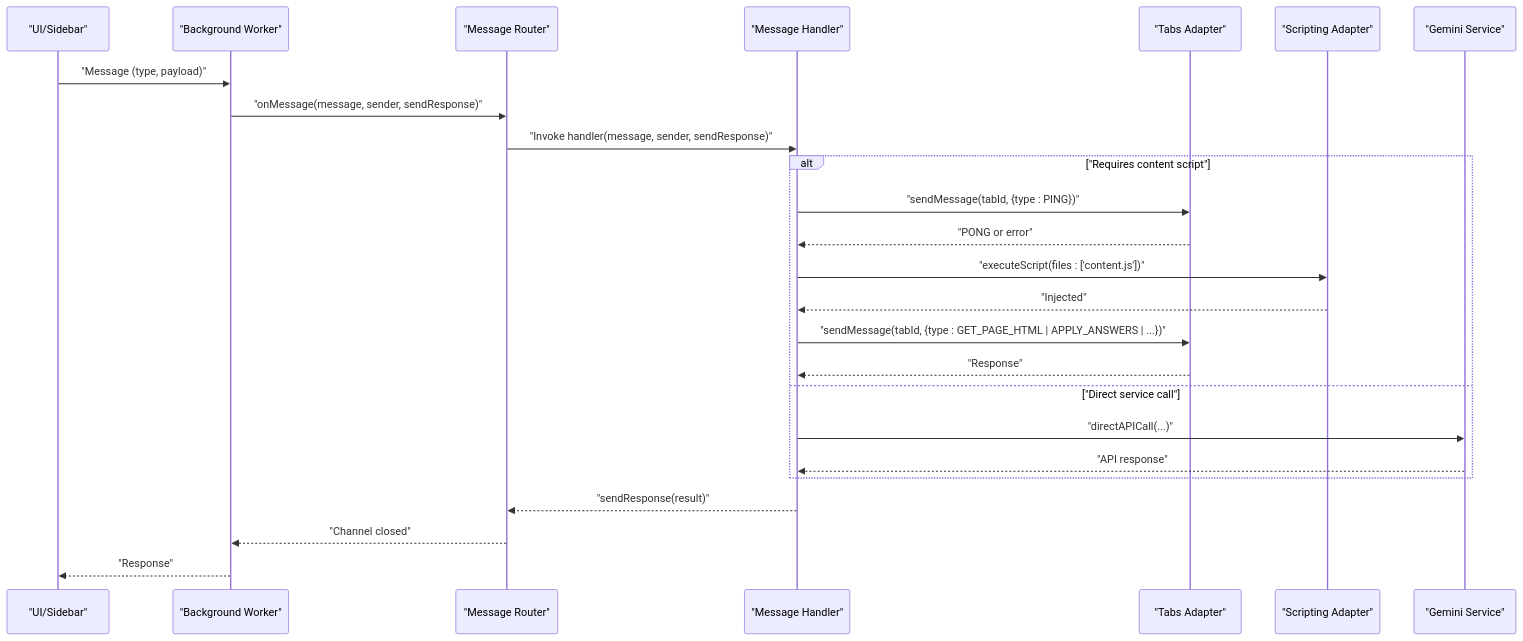
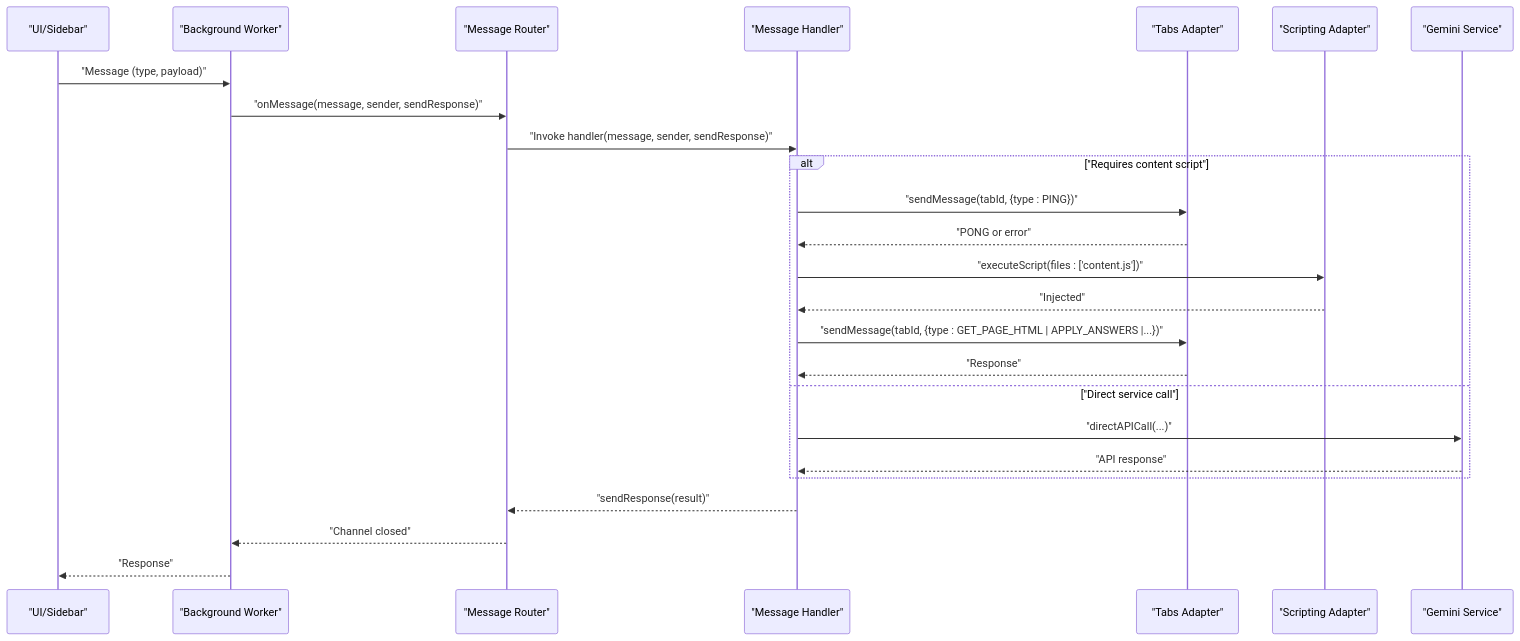
The second of 13 diagrams in src/data/docs/mooc-utils/Assignment Solver Extension/Core Modules/Background Service/Background Service.md (tashifkhan/tashif.codes), drawn with Mermaid before and after one commit. The commit also changed other lines of this file and 2128 other files, not shown here.

First line of the commit message:
docs: replace raster diagram images with native Mermaid across project guides

````diff
--- a/src/data/docs/mooc-utils/Assignment Solver Extension/Core Modules/Background Service/Background Service.md
+++ b/src/data/docs/mooc-utils/Assignment Solver Extension/Core Modules/Background Service/Background Service.md
@@ -79,27 +79,27 @@
 ```mermaid
 sequenceDiagram
 participant UI as "UI/Sidebar"
 participant BG as "Background Worker"
 participant Router as "Message Router"
 participant Handler as "Message Handler"
 participant Tabs as "Tabs Adapter"
 participant Script as "Scripting Adapter"
 participant Gemini as "Gemini Service"
 UI->>BG : "Message (type, payload)"
 BG->>Router : "onMessage(message, sender, sendResponse)"
 Router->>Handler : "Invoke handler(message, sender, sendResponse)"
 alt "Requires content script"
 Handler->>Tabs : "sendMessage(tabId, {type : PING})"
 Tabs-->>Handler : "PONG or error"
 Handler->>Script : "executeScript(files : ['content.js'])"
 Script-->>Handler : "Injected"
-Handler->>Tabs : "sendMessage(tabId, {type : GET_PAGE_HTML | APPLY_ANSWERS | ...})"
+Handler->>Tabs : "sendMessage(tabId, {type : GET_PAGE_HTML | APPLY_ANSWERS |...})"
 Tabs-->>Handler : "Response"
 else "Direct service call"
 Handler->>Gemini : "directAPICall(...)"
 Gemini-->>Handler : "API response"
 end
 Handler-->>Router : "sendResponse(result)"
 Router-->>BG : "Channel closed"
 BG-->>UI : "Response"
 ```
````
